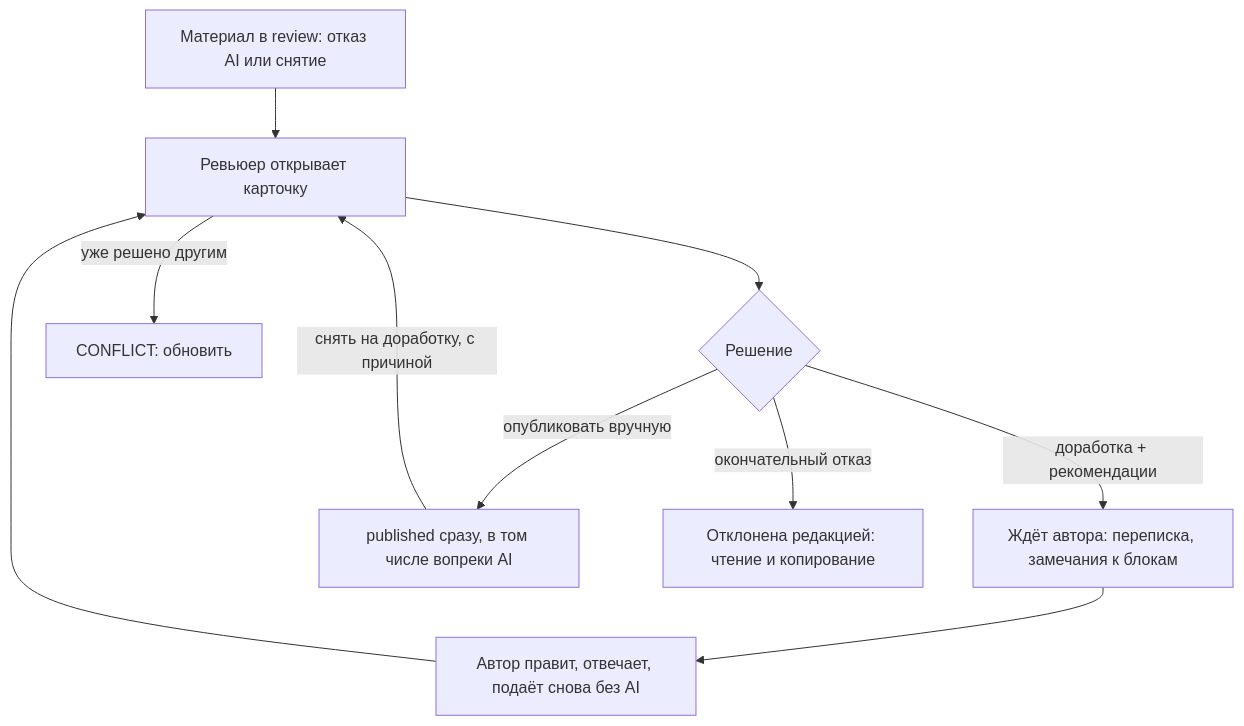
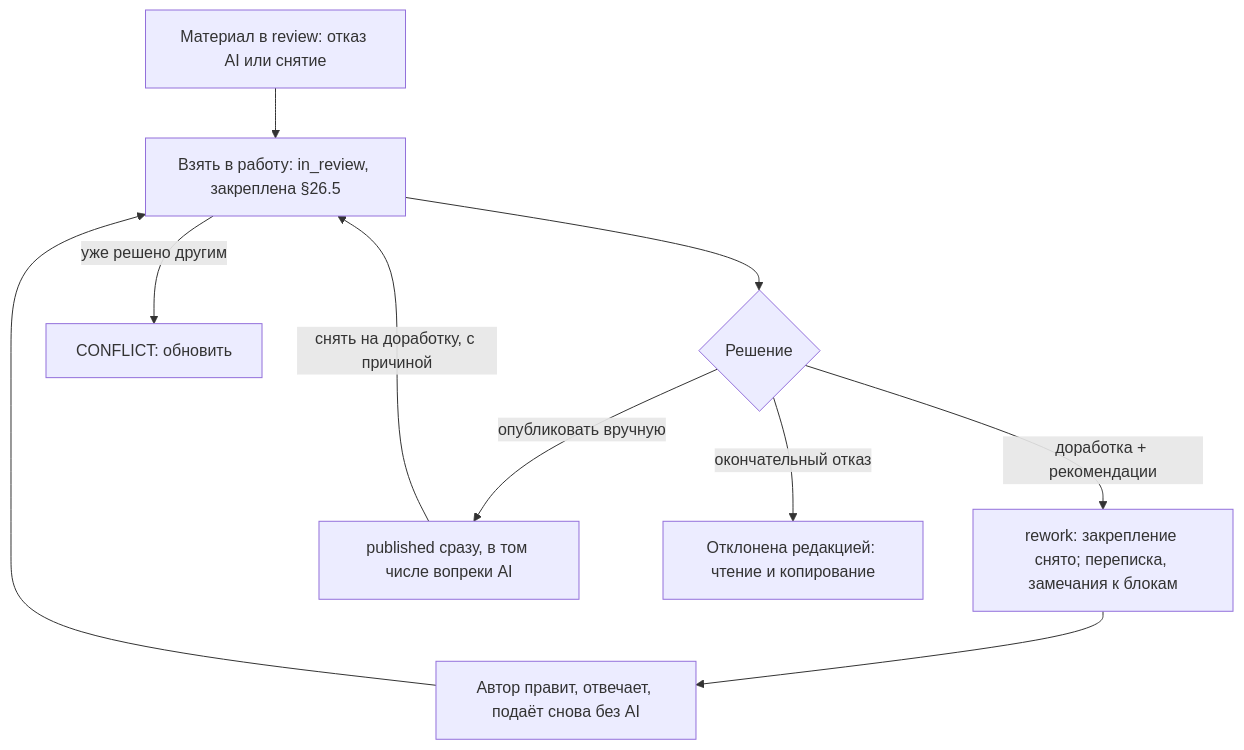
Before and after one commit to Egoka/Altera: the diagram in docs/spec/10-flows/moderation.md, drawn with Mermaid. The commit also changed other lines of this file and 34 other files, not shown here.

````diff
--- a/docs/spec/10-flows/moderation.md
+++ b/docs/spec/10-flows/moderation.md
@@ -81,12 +82,12 @@
 ```mermaid
 flowchart TD
-  A[Материал в review: отказ AI или снятие] --> B[Ревьюер открывает карточку]
+  A[Материал в review: отказ AI или снятие] --> B[Взять в работу: in_review, закреплена §26.5]
   B --> C{Решение}
-  C -- доработка + рекомендации --> D[Ждёт автора: переписка, замечания к блокам]
+  C -- доработка + рекомендации --> D[rework: закрепление снято; переписка, замечания к блокам]
   D --> E[Автор правит, отвечает, подаёт снова без AI]
   E --> B
   C -- опубликовать вручную --> F[published сразу, в том числе вопреки AI]
   C -- окончательный отказ --> G[Отклонена редакцией: чтение и копирование]
   F -- снять на доработку, с причиной --> B
   B -- уже решено другим --> H[CONFLICT: обновить]
 ```
````
